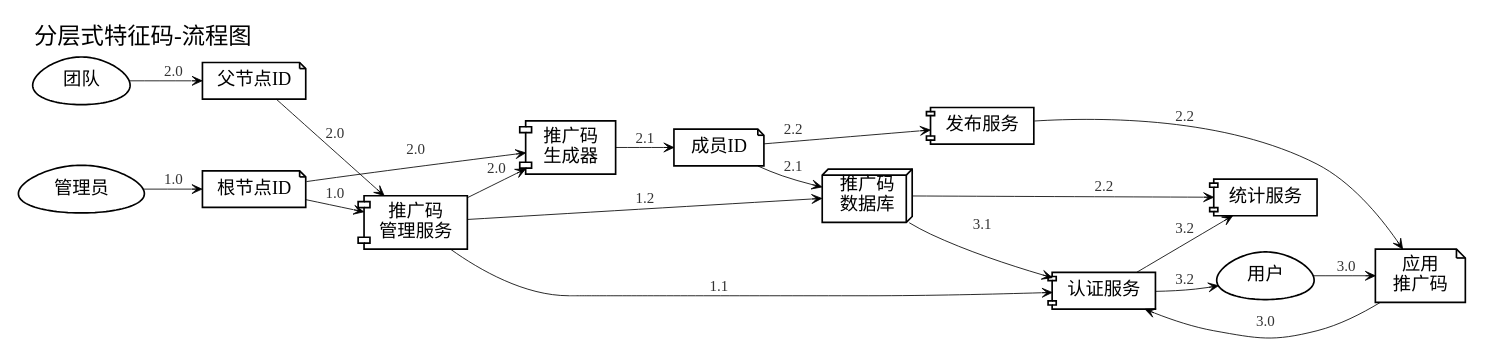
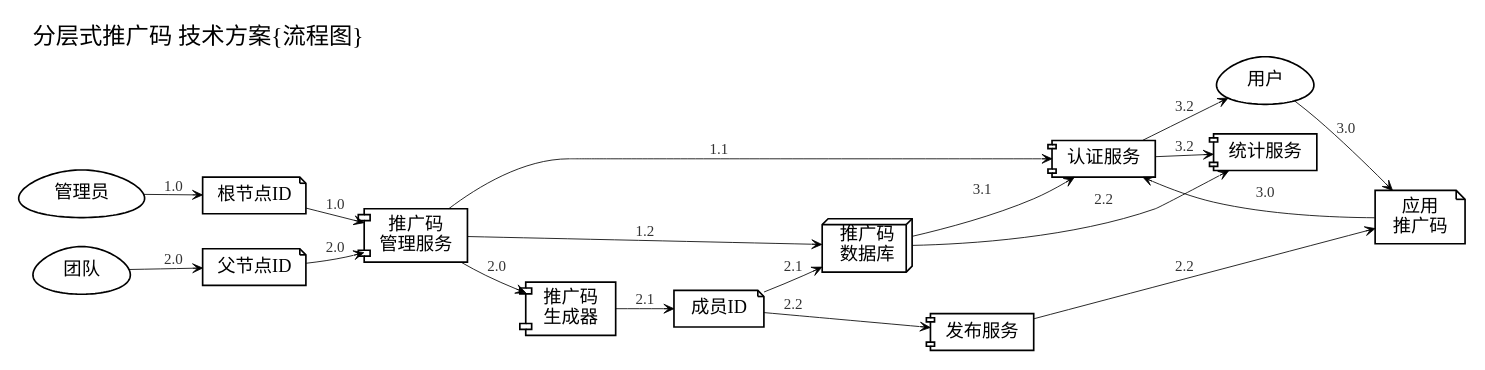
Before and after one commit to ZoomQuiet/zoomquiet.tangle: the diagram in dot/drm4k/lb-uuid-levels.dot, drawn with Graphviz. The commit also changed 5 other files, not shown here.

```diff
--- a/dot/drm4k/lb-uuid-levels.dot
+++ b/dot/drm4k/lb-uuid-levels.dot
@@ -1,98 +1,98 @@
     /*生成命令:
 $ fdp -Tpng lb-uuid-levels.dot -o lb-uuid-levels.png
  -Tcmapx -o lb-crx-roles.map
     全局设定
     plaintext
 {{{#!GraphViz dot
     */
 
 digraph G4LBuuidLevels {
     /*全局设定*/
-    graph [label="分层式特征码-流程图"
+    graph [label="分层式推广码 技术方案{流程图}"
         ,fontsize=14.0
         ,fontname="WenQuanYi Micro Hei"
         ,labeljust="l",labelloc="t",center=1
         ,ranksep=0.3,center=1,ratio=compress
         ,rankdir=LR
         ];
 
     node[fontsize=11.0,height=0.3
         ,fontname="WenQuanYi Micro Hei"
         ,shape=component 
         ];
 
     edge [fontsize=9.0,fontcolor="#333333"
         ,fontname="WenQuanYi Micro Hei"
         ,arrowsize=0.6,arrowhead=vee,arrowtail=none
         ,style="setlinewidth(0.5)"
         ];
 /*
     src [label="源码",shape=ellipse,style="filled,dashed,setlinewidth(5)"
         ,color="#333333",fillcolor=dimgray
         ,URL="http://code.google.com/p/zoomquiet/source/browse/dot/obp/csdndr1-km.dot?repo=tangle"];
     /*图元声明
     start       [label="流程开始/结束",shape=point];
     end         [label="",shape=doublecircle,fillcolor=red];
 
     box         [label="实体/对象",shape=box];
     ellipse     [label="行动/节点",shape=ellipse];
     egg         [label="用户/人物",shape=egg];
     plaintext   [label="状态/属性",shape=plaintext,fillcolor=whitesmoke];
     diamond     [label="判别",shape=diamond];
     note        [label="注释",shape=note];
     tab         [label="目录/模块",shape=tab];
     db          [label="数据库",shape=box3d];
     component   [label="主机/组件",shape=component];
   ,style="rounded,dotted"];
 */
 
     ADMIN [label="管理员",shape=egg];
     TEAM [label="团队",shape=egg];
     USER [label="用户",shape=egg];
 
     codeSrv [label="推广码\n管理服务",shape=component];
         codeDB [label="推广码\n数据库",shape=box3d];
         srvPUB [label="发布服务",shape=component];
         srvAC [label="认证服务",shape=component];
         srvLOG [label="统计服务",shape=component];
 
     GEN [label="推广码\n生成器",shape=component];
         rootID [label="根节点ID",shape=note];
         parentID [label="父节点ID",shape=note];
         selfID [label="成员ID",shape=note];
         urlID [label="应用\n推广码",shape=note];
 
     /*图例关系
     browser->srvAC->browser [label="1.0"];
     */
     ADMIN->rootID->codeSrv [label="1.0"];
     codeSrv->srvAC [label="1.1"];
     codeSrv->codeDB [label="1.2"];
 
     TEAM->parentID->codeSrv [label="2.0"];
-        {codeSrv rootID}->GEN    [label="2.0"];
+        codeSrv->GEN    [label="2.0"];
         GEN->selfID->codeDB [label="2.1"];
         selfID->srvPUB->urlID [label="2.2"];
         codeDB->srvLOG [label="2.2"];
 
     USER->urlID->srvAC [label="3.0"];
     codeDB->srvAC [label="3.1"];
     srvAC->{srvLOG USER} [label="3.2"];
 /*
 
 
     ADMIN->selfID->USER [label="3.0"];
         USER->srvLOG [label="3.1"];
     { rank=same; AC    srvAC; }
     { rank=same; COMM    commander; }
     { rank=same; DONE   uriStore; }
 
     AC[label="认证准备",shape=plaintext];
     COMM[label="推荐阶段",shape=plaintext];
     DONE[label="完成阶段",shape=plaintext];
     AC->COMM->DONE;
 */
 
     edge [style=invis];
 
 }
```
